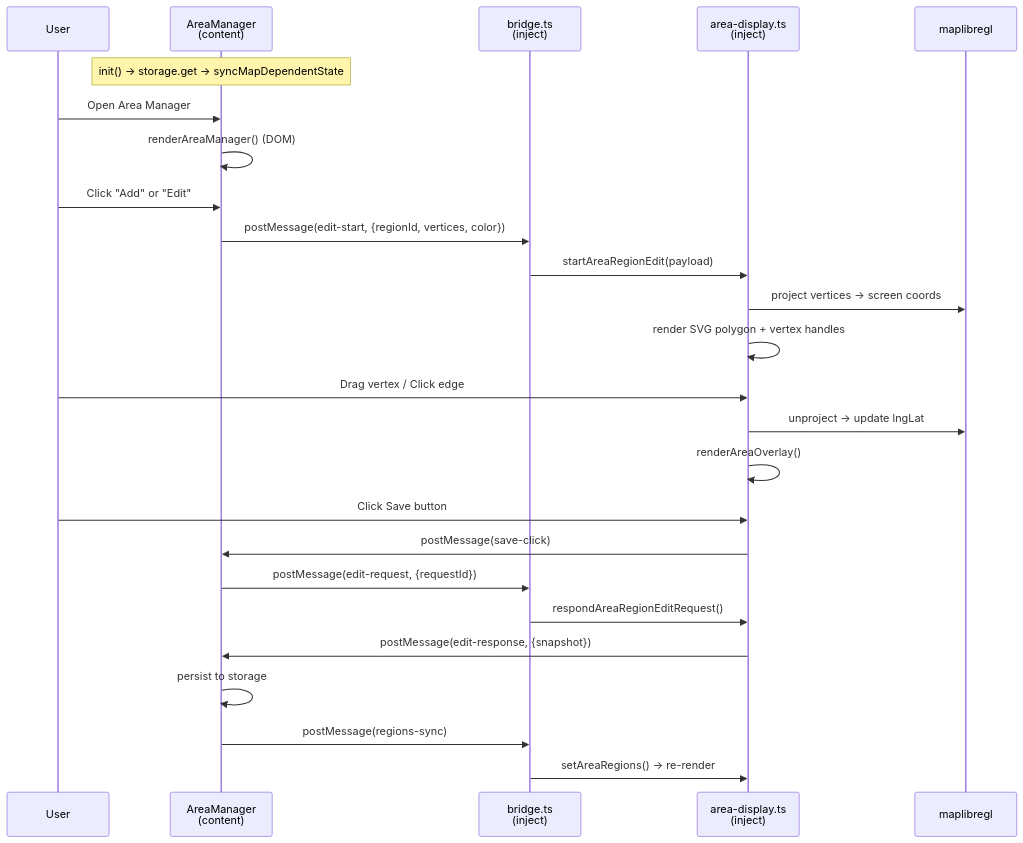
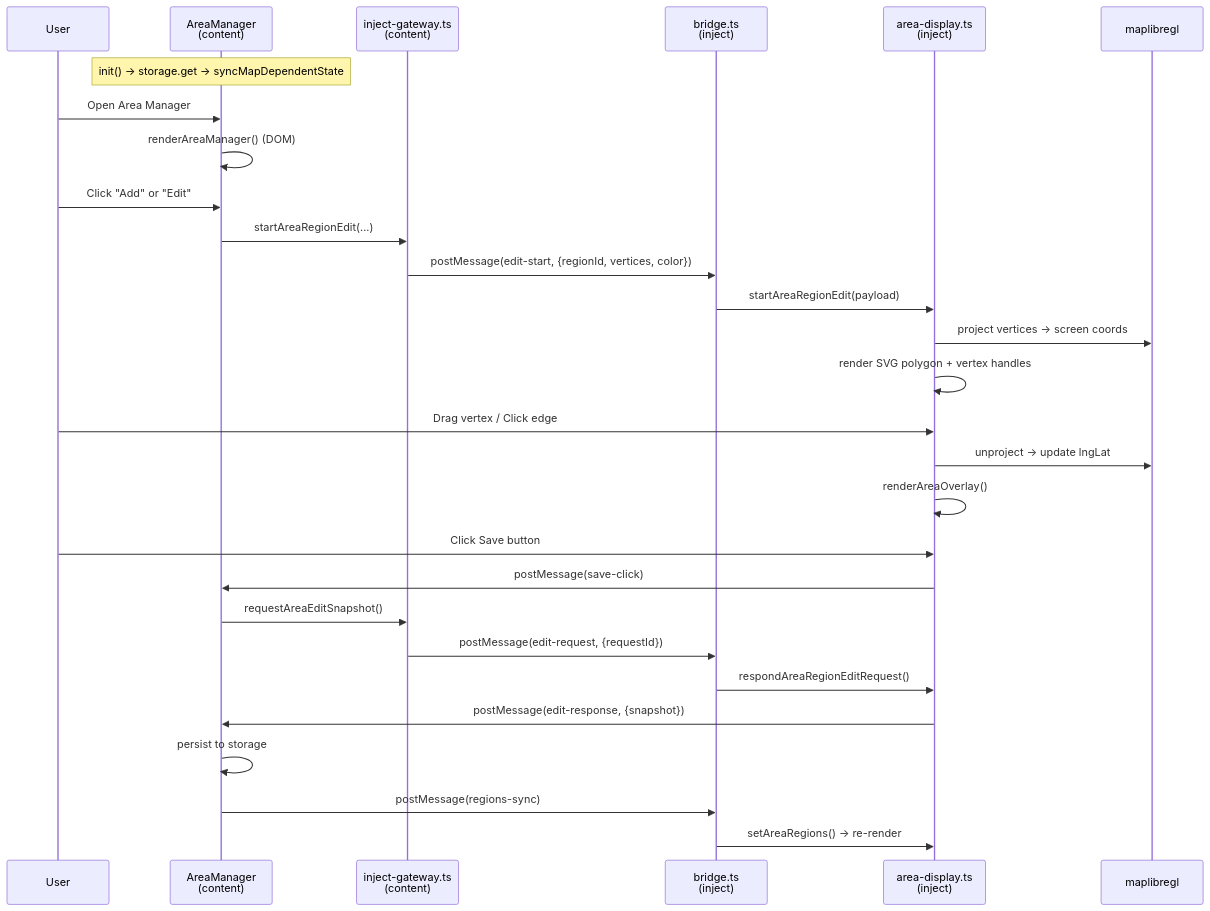
The second of 2 diagrams in .claude/skills/area-coding/SKILL.md (C20-40A/mr-wplace), drawn with Mermaid before and after one commit. The commit also changed other lines of this file and 2 other files, not shown here.

Commit message:
refactor(area-manager): extract content-inject messaging into inject gateway

````diff
--- a/.claude/skills/area-coding/SKILL.md
+++ b/.claude/skills/area-coding/SKILL.md
@@ -243,32 +285,35 @@
 ```mermaid
 sequenceDiagram
     participant User
     participant AM as AreaManager<br/>(content)
+    participant GW as inject-gateway.ts<br/>(content)
     participant Bridge as bridge.ts<br/>(inject)
     participant AD as area-display.ts<br/>(inject)
     participant Map as maplibregl
 
     Note over AM: init() → storage.get → syncMapDependentState
 
     User->>AM: Open Area Manager
     AM->>AM: renderAreaManager() (DOM)
 
     User->>AM: Click "Add" or "Edit"
-    AM->>Bridge: postMessage(edit-start, {regionId, vertices, color})
+    AM->>GW: startAreaRegionEdit(...)
+    GW->>Bridge: postMessage(edit-start, {regionId, vertices, color})
     Bridge->>AD: startAreaRegionEdit(payload)
     AD->>Map: project vertices → screen coords
     AD->>AD: render SVG polygon + vertex handles
 
     User->>AD: Drag vertex / Click edge
     AD->>Map: unproject → update lngLat
     AD->>AD: renderAreaOverlay()
 
     User->>AD: Click Save button
     AD->>AM: postMessage(save-click)
-    AM->>Bridge: postMessage(edit-request, {requestId})
+    AM->>GW: requestAreaEditSnapshot()
+    GW->>Bridge: postMessage(edit-request, {requestId})
     Bridge->>AD: respondAreaRegionEditRequest()
     AD->>AM: postMessage(edit-response, {snapshot})
     AM->>AM: persist to storage
     AM->>Bridge: postMessage(regions-sync)
     Bridge->>AD: setAreaRegions() → re-render
 ```
````
